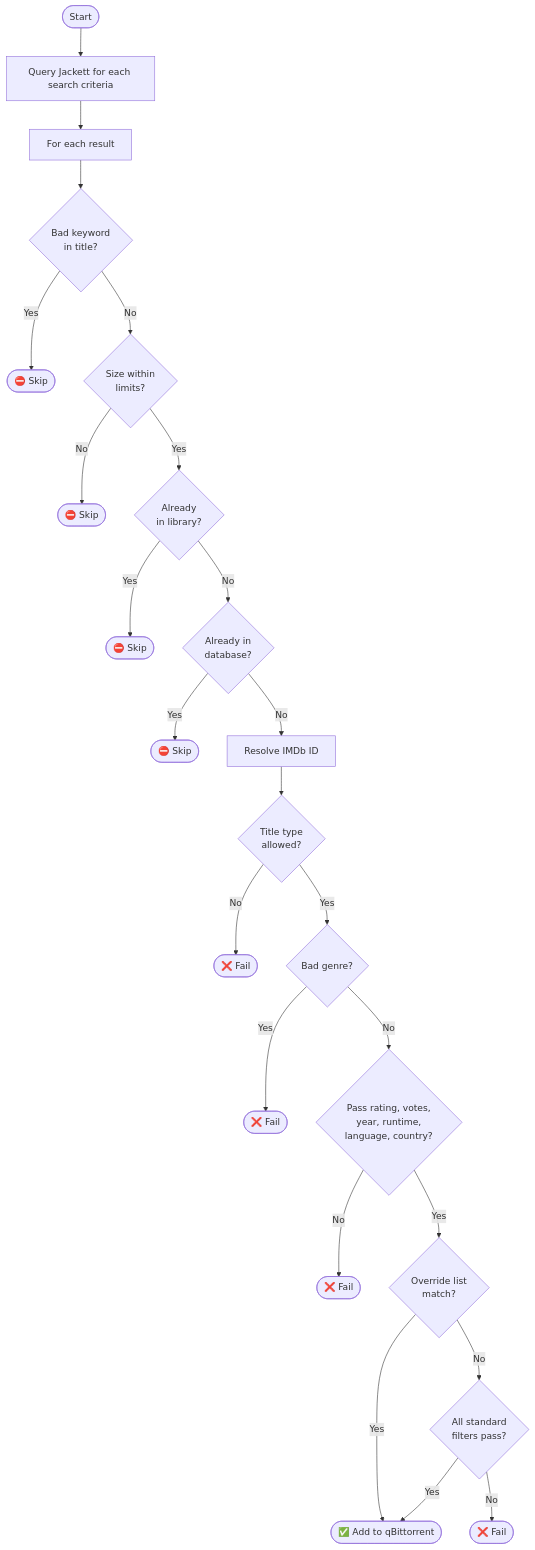
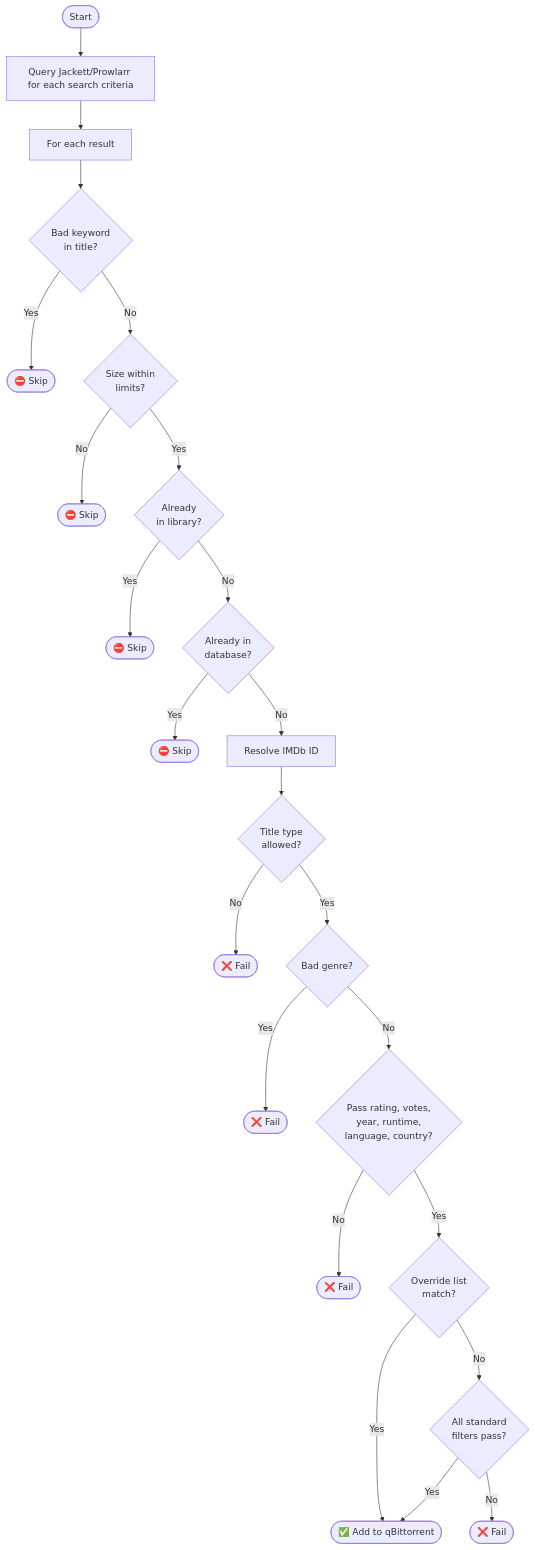
One commit to binhex/movarr changed the diagram in README.md. Above: the diagram before and after it, drawn with Mermaid. The commit also changed other lines of this file and 2 other files, not shown here.

First line of the commit message:
docs: update README for Prowlarr, DuckDuckGo, and accuracy fixes

````diff
--- a/README.md
+++ b/README.md
@@ -267,25 +267,25 @@
 ```mermaid
 flowchart TD
-    A([Start]) --> B[Query Jackett for each search criteria]
+    A([Start]) --> B[Query Jackett/Prowlarr for each search criteria]
     B --> C[For each result]
     C --> D{Bad keyword\nin title?}
     D -- Yes --> SKIP1([⛔ Skip])
     D -- No --> E{Size within\nlimits?}
     E -- No --> SKIP2([⛔ Skip])
     E -- Yes --> F{Already\nin library?}
     F -- Yes --> SKIP3([⛔ Skip])
     F -- No --> G{Already in\ndatabase?}
     G -- Yes --> SKIP4([⛔ Skip])
     G -- No --> H[Resolve IMDb ID]
     H --> I{Title type\nallowed?}
     I -- No --> FAIL1([❌ Fail])
     I -- Yes --> J{Bad genre?}
     J -- Yes --> FAIL2([❌ Fail])
     J -- No --> K{Pass rating, votes,\nyear, runtime,\nlanguage, country?}
     K -- No --> FAIL3([❌ Fail])
     K -- Yes --> L{Override list\nmatch?}
     L -- Yes --> PASS([✅ Add to qBittorrent])
     L -- No --> M{All standard\nfilters pass?}
     M -- No --> FAIL4([❌ Fail])
     M -- Yes --> PASS
 ```
````
